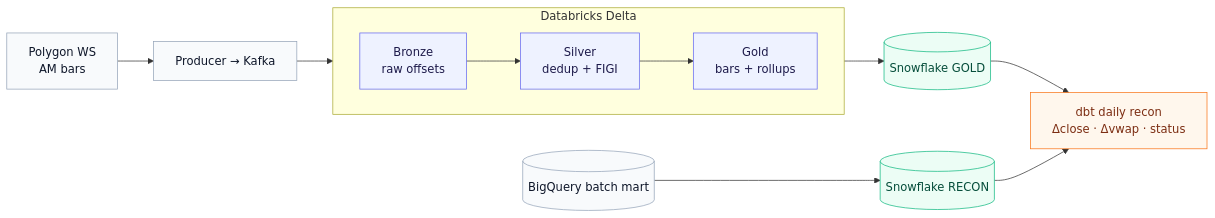
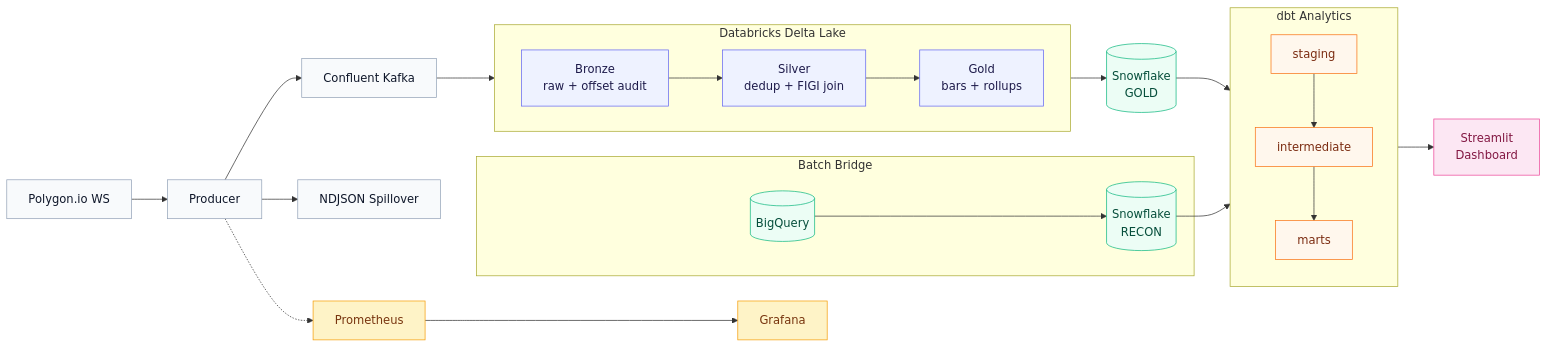
Before and after one commit to athapar/market-streaming-platform: the diagram in README.md, drawn with Mermaid. The commit also changed other lines of this file, not shown here.

````diff
--- a/README.md
+++ b/README.md
@@ -9,26 +9,45 @@
 ```mermaid
 flowchart LR
-    P[Polygon WS<br/>AM bars] --> K[Producer → Kafka]
+    P[Polygon.io WS] --> PR[Producer]
 
-    subgraph D[Databricks Delta]
+    PR --> K[Confluent Kafka]
+    PR --> SP[NDJSON Spillover]
+
+    subgraph DL[Databricks Delta Lake]
         direction LR
-        B[Bronze<br/>raw offsets] --> S[Silver<br/>dedup + FIGI] --> G[Gold<br/>bars + rollups]
+        B[Bronze<br/>raw + offset audit] --> S[Silver<br/>dedup + FIGI join] --> G[Gold<br/>bars + rollups]
     end
 
     K --> B
-    G --> SF1[(Snowflake GOLD)]
-    BQ[(BigQuery batch mart)] --> SF2[(Snowflake RECON)]
+    G --> SF[(Snowflake<br/>GOLD)]
 
-    SF1 --> R[dbt daily recon<br/>Δclose · Δvwap · status]
-    SF2 --> R
+    subgraph Batch[Batch Bridge]
+        BQ[(BigQuery)] --> SFR[(Snowflake<br/>RECON)]
+    end
 
-    classDef node fill:#f8fafc,stroke:#94a3b8,color:#0f172a
+    subgraph dbt[dbt Analytics]
+        direction TB
+        STG[staging] --> INT[intermediate] --> M[marts]
+    end
+
+    SF --> dbt
+    SFR --> dbt
+    M --> DASH[Streamlit<br/>Dashboard]
+
+    PROM[Prometheus] --> GRAF[Grafana]
+    PR -.-> PROM
+
+    classDef source fill:#f8fafc,stroke:#94a3b8,color:#0f172a
     classDef delta fill:#eef2ff,stroke:#6366f1,color:#1e1b4b
     classDef wh fill:#ecfdf5,stroke:#10b981,color:#064e3b
-    classDef out fill:#fff7ed,stroke:#f97316,color:#7c2d12
+    classDef dbtnode fill:#fff7ed,stroke:#f97316,color:#7c2d12
+    classDef obs fill:#fef3c7,stroke:#f59e0b,color:#78350f
+    classDef app fill:#fce7f3,stroke:#ec4899,color:#831843
 
-    class P,K,BQ node
+    class P,PR,K,SP source
     class B,S,G delta
-    class SF1,SF2 wh
-    class R out
+    class SF,SFR,BQ wh
+    class STG,INT,M dbtnode
+    class PROM,GRAF obs
+    class DASH app
 ```
````
